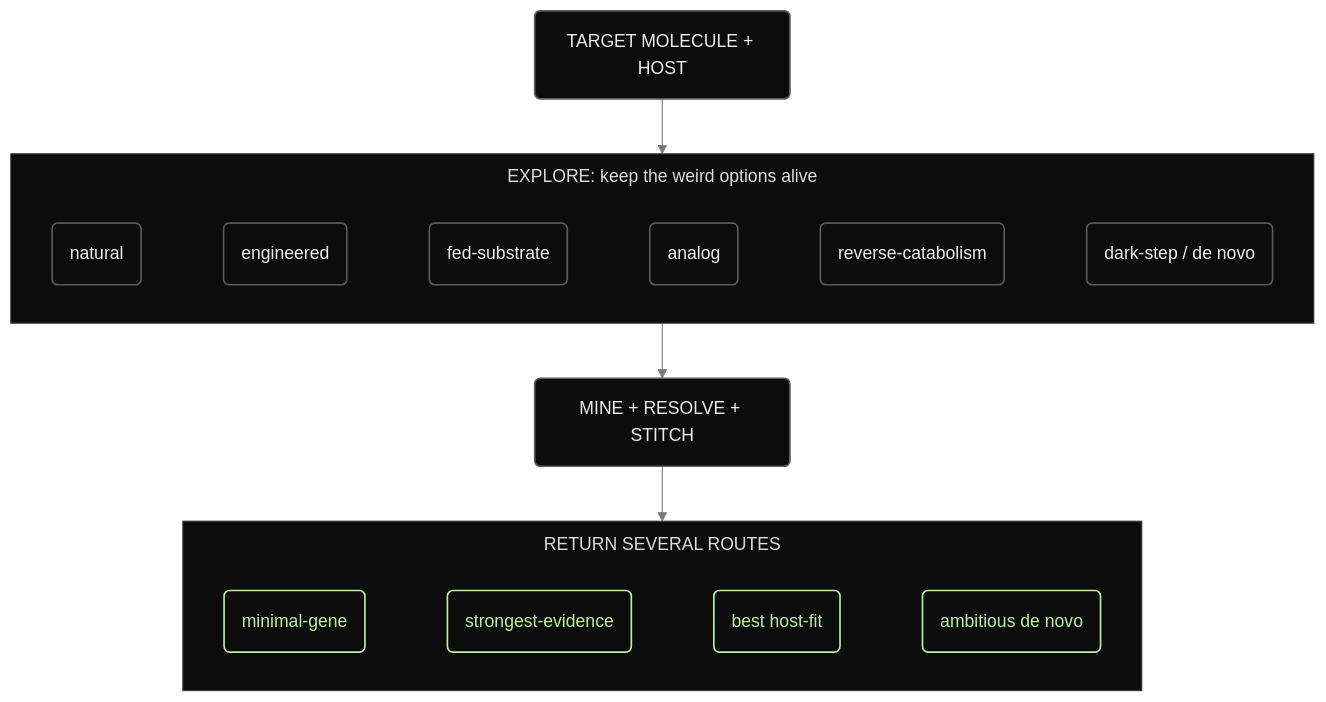
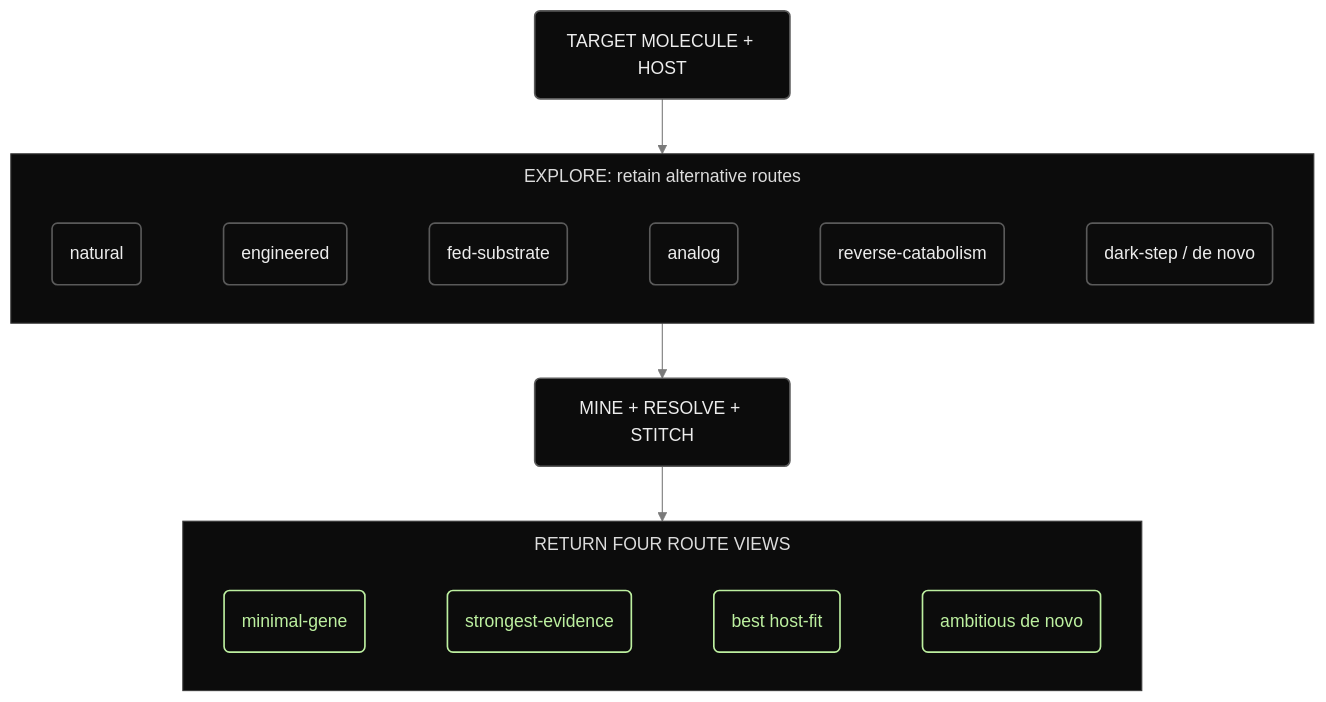
Before and after one commit to BioSymphony/bioprospector: the second of 5 diagrams in README.md, drawn with Mermaid. The commit also changed other lines of this file and 174 other files, not shown here.

````diff
--- a/README.md
+++ b/README.md
@@ -38,28 +51,28 @@
 ```mermaid
 %%{init:{'theme':'base','flowchart':{'htmlLabels':false,'padding':16,'subGraphTitleMargin':{'top':10,'bottom':18}},'themeVariables':{'fontFamily':'Menlo, Consolas, monospace','lineColor':'#7a7a7a','clusterBkg':'#0c0c0c','clusterBorder':'#3a3a3a','titleColor':'#dcdcdc'}}}%%
 flowchart TD
   classDef wide fill:#0c0c0c,stroke:#5a5a5a,color:#ededed,stroke-width:1.5px
   classDef mid fill:#0c0c0c,stroke:#5a5a5a,color:#ededed,stroke-width:1.5px
   classDef win fill:#0c0c0c,stroke:#bdf0a0,color:#bdf0a0,stroke-width:1.5px
   T("TARGET MOLECULE + HOST"):::mid
-  subgraph EX["EXPLORE: keep the weird options alive"]
+  subgraph EX["EXPLORE: retain alternative routes"]
     direction LR
     R1("natural"):::wide
     R2("engineered"):::wide
     R3("fed-substrate"):::wide
     R4("analog"):::wide
     R5("reverse-catabolism"):::wide
     R6("dark-step / de novo"):::wide
     R1 ~~~ R2 ~~~ R3 ~~~ R4 ~~~ R5 ~~~ R6
   end
   M("MINE + RESOLVE + STITCH"):::mid
-  subgraph WIN["RETURN SEVERAL ROUTES"]
+  subgraph WIN["RETURN FOUR ROUTE VIEWS"]
     direction LR
     P1("minimal-gene"):::win
     P2("strongest-evidence"):::win
     P3("best host-fit"):::win
     P4("ambitious de novo"):::win
     P1 ~~~ P2 ~~~ P3 ~~~ P4
   end
   T --> EX --> M --> WIN
 ```
````
